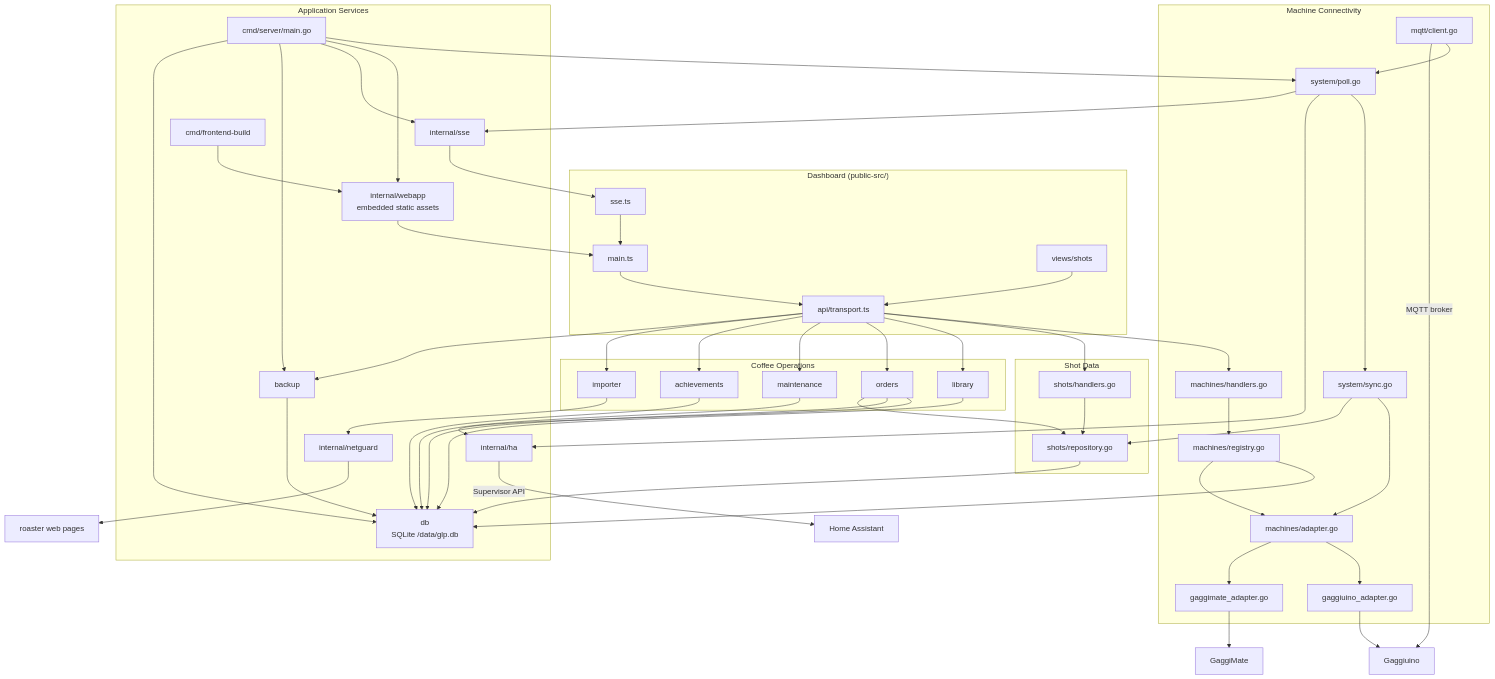
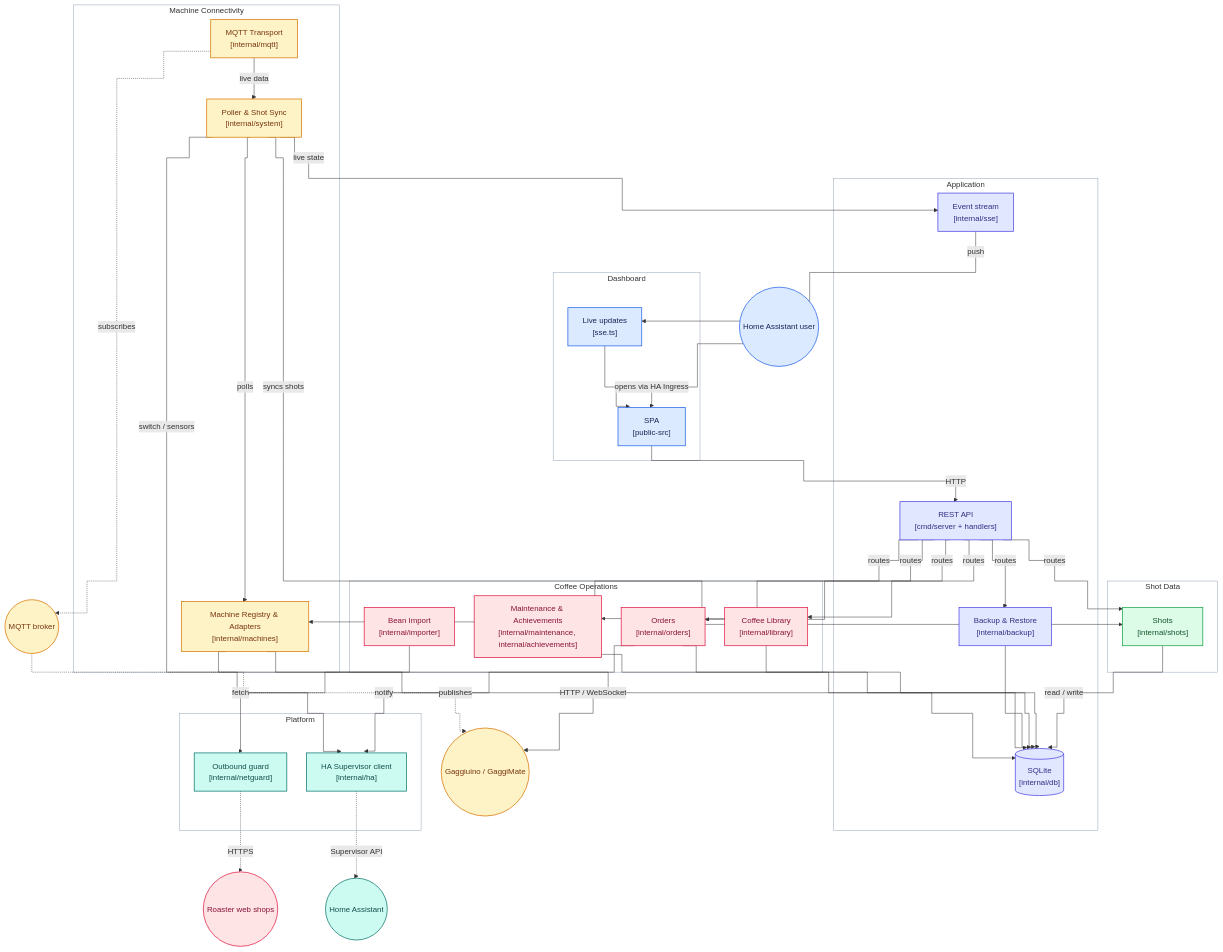
The second of 2 diagrams in README.md (mxkissnr/gaggiuino-local-profiler), drawn with Mermaid before and after one commit. The commit also changed other lines of this file and 4 other files, not shown here.

First line of the commit message:
docs: readable coloured architecture diagrams, aligned dev-stats, updated AI note (#1186)

````diff
--- a/README.md
+++ b/README.md
@@ -255,89 +269,92 @@
 ```mermaid
-flowchart TD
-  subgraph dash["Dashboard (public-src/)"]
-    MAIN["main.ts"]
-    TRANSPORT["api/transport.ts"]
-    VSHOTS["views/shots"]
-    SSETS["sse.ts"]
+%%{init: {"flowchart": {"curve": "step", "nodeSpacing": 40, "rankSpacing": 60}}}%%
+flowchart TB
+  USER(("Home Assistant user"))
+  MACHINE(("Gaggiuino / GaggiMate"))
+  HASVC(("Home Assistant"))
+  ROAST(("Roaster web shops"))
+  BROKER(("MQTT broker"))
+
+  subgraph DASH["Dashboard"]
+    SPA["SPA<br/>[public-src]"]
+    LIVE["Live updates<br/>[sse.ts]"]
   end
-  subgraph mconn["Machine Connectivity"]
-    M_HANDLERS["machines/handlers.go"]
-    M_REGISTRY["machines/registry.go"]
-    M_ADAPTER["machines/adapter.go"]
-    M_GGU["gaggiuino_adapter.go"]
-    M_GMT["gaggimate_adapter.go"]
-    POLL["system/poll.go"]
-    SYNC["system/sync.go"]
-    MQTT["mqtt/client.go"]
+
+  subgraph APP["Application"]
+    API["REST API<br/>[cmd/server + handlers]"]
+    SSE["Event stream<br/>[internal/sse]"]
+    BACKUP["Backup & Restore<br/>[internal/backup]"]
+    DB[("SQLite<br/>[internal/db]")]
   end
-  subgraph sdata["Shot Data"]
-    S_HANDLERS["shots/handlers.go"]
-    S_REPO["shots/repository.go"]
+
+  subgraph CONN["Machine Connectivity"]
+    POLL["Poller & Shot Sync<br/>[internal/system]"]
+    MACH["Machine Registry & Adapters<br/>[internal/machines]"]
+    MQTT["MQTT Transport<br/>[internal/mqtt]"]
   end
-  subgraph coffee["Coffee Operations"]
-    LIB["library"]
-    IMP["importer"]
-    ORD["orders"]
-    MAINT["maintenance"]
-    ACH["achievements"]
+
+  subgraph SHOTDATA["Shot Data"]
+    SHOTS["Shots<br/>[internal/shots]"]
   end
-  subgraph appsvc["Application Services"]
-    SERVER["cmd/server/main.go"]
-    BACKUP["backup"]
-    DB["db<br/>SQLite /data/glp.db"]
-    SSE["internal/sse"]
-    HA["internal/ha"]
-    NETGUARD["internal/netguard"]
-    FB["cmd/frontend-build"]
-    WEBAPP["internal/webapp<br/>embedded static assets"]
+
+  subgraph COFFEE["Coffee Operations"]
+    LIB["Coffee Library<br/>[internal/library]"]
+    IMP["Bean Import<br/>[internal/importer]"]
+    ORD["Orders<br/>[internal/orders]"]
+    MAINT["Maintenance & Achievements<br/>[internal/maintenance, internal/achievements]"]
   end
-  EX_GGU["Gaggiuino"]
-  EX_GMT["GaggiMate"]
-  EX_HA["Home Assistant"]
-  EX_ROAST["roaster web pages"]
-  M_ADAPTER --> M_GGU
-  M_ADAPTER --> M_GMT
-  M_GGU --> EX_GGU
-  M_GMT --> EX_GMT
-  POLL --> SYNC
-  SYNC --> M_ADAPTER
-  SYNC --> S_REPO
-  S_REPO --> DB
-  MQTT --> POLL
-  MQTT -->|"MQTT broker"| EX_GGU
-  M_HANDLERS --> M_REGISTRY
-  M_REGISTRY --> DB
-  M_REGISTRY --> M_ADAPTER
-  IMP --> NETGUARD
-  NETGUARD --> EX_ROAST
-  ORD --> HA
-  POLL --> HA
-  HA -->|"Supervisor API"| EX_HA
-  POLL --> SSE
-  SSE --> SSETS
-  SSETS --> MAIN
-  FB --> WEBAPP
-  WEBAPP --> MAIN
-  MAIN --> TRANSPORT
-  VSHOTS --> TRANSPORT
-  TRANSPORT --> M_HANDLERS
-  TRANSPORT --> S_HANDLERS
-  TRANSPORT --> LIB
-  TRANSPORT --> ORD
-  TRANSPORT --> MAINT
-  TRANSPORT --> ACH
-  TRANSPORT --> IMP
-  TRANSPORT --> BACKUP
-  S_HANDLERS --> S_REPO
-  SERVER --> POLL
-  SERVER --> WEBAPP
-  SERVER --> SSE
-  SERVER --> BACKUP
-  SERVER --> DB
+
+  subgraph PLATFORM["Platform"]
+    HA["HA Supervisor client<br/>[internal/ha]"]
+    NET["Outbound guard<br/>[internal/netguard]"]
+  end
+
+  USER -->|"opens via HA Ingress"| SPA
+  SPA -->|"HTTP"| API
+  SSE -->|"push"| LIVE
+  LIVE --> SPA
+  API -->|"routes"| SHOTS
+  API -->|"routes"| LIB
+  API -->|"routes"| ORD
+  API -->|"routes"| MAINT
+  API -->|"routes"| BACKUP
+  API -->|"routes"| MACH
+  POLL -->|"polls"| MACH
+  MACH -->|"HTTP / WebSocket"| MACHINE
+  MQTT -.->|"subscribes"| BROKER
+  BROKER -.->|"publishes"| MACHINE
+  POLL -->|"syncs shots"| SHOTS
+  POLL -->|"live state"| SSE
+  MQTT -->|"live data"| POLL
+  IMP -->|"fetch"| NET
+  NET -.->|"HTTPS"| ROAST
+  ORD -->|"notify"| HA
+  POLL -->|"switch / sensors"| HA
+  HA -.->|"Supervisor API"| HASVC
+  SHOTS -->|"read / write"| DB
+  LIB --> DB
   ORD --> DB
-  ORD --> S_REPO
-  LIB --> DB
   MAINT --> DB
-  ACH --> DB
   BACKUP --> DB
+  MACH --> DB
+
+  classDef toneBlue fill:#dbeafe,stroke:#2563eb,stroke-width:1.5px,color:#172554
+  classDef toneIndigo fill:#e0e7ff,stroke:#4f46e5,stroke-width:1.5px,color:#312e81
+  classDef toneAmber fill:#fef3c7,stroke:#d97706,stroke-width:1.5px,color:#78350f
+  classDef toneMint fill:#dcfce7,stroke:#16a34a,stroke-width:1.5px,color:#14532d
+  classDef toneRose fill:#ffe4e6,stroke:#e11d48,stroke-width:1.5px,color:#881337
+  classDef toneTeal fill:#ccfbf1,stroke:#0f766e,stroke-width:1.5px,color:#134e4a
+  classDef toneNeutral fill:#f8fafc,stroke:#334155,stroke-width:1.5px,color:#0f172a
+  class USER,SPA,LIVE toneBlue
+  class API,SSE,BACKUP,DB toneIndigo
+  class POLL,MACH,MQTT,MACHINE,BROKER toneAmber
+  class SHOTS toneMint
+  class LIB,IMP,ORD,MAINT,ROAST toneRose
+  class HA,NET,HASVC toneTeal
+  style DASH fill:#f8fafc10,stroke:#94a3b8
+  style APP fill:#f8fafc10,stroke:#94a3b8
+  style CONN fill:#f8fafc10,stroke:#94a3b8
+  style SHOTDATA fill:#f8fafc10,stroke:#94a3b8
+  style COFFEE fill:#f8fafc10,stroke:#94a3b8
+  style PLATFORM fill:#f8fafc10,stroke:#94a3b8
 ```
````
